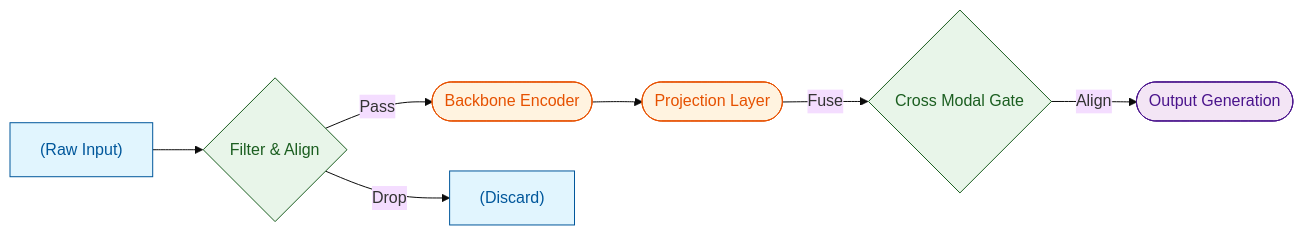
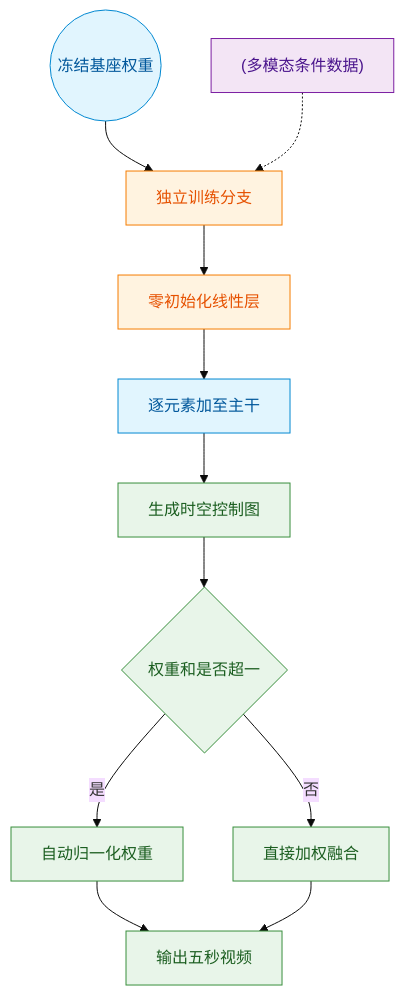
One commit to ShinewineW/paper-rolling changed the ninth of 11 diagrams in person_vault/2026-06-07_CosmosTransfer1_2503.14492/report.md. Above: the diagram before and after it, drawn with Mermaid (base theme). The commit also changed other lines of this file and 51 other files, not shown here.

````diff
--- a/person_vault/2026-06-07_CosmosTransfer1_2503.14492/report.md
+++ b/person_vault/2026-06-07_CosmosTransfer1_2503.14492/report.md
@@ -344,14 +492,18 @@
 ```mermaid
-flowchart LR
-    classDef data fill:#e1f5fe,stroke:#01579b,color:#01579b
-    classDef proc fill:#fff3e0,stroke:#e65100,color:#e65100
-    classDef gate fill:#e8f5e9,stroke:#1b5e20,color:#1b5e20
-    classDef out fill:#f3e5f5,stroke:#4a148c,color:#4a148c
+flowchart TB
+  classDef base fill:#e1f5fe,color:#01579b,stroke:#0288d1
+  classDef ctrl fill:#fff3e0,color:#e65100,stroke:#f57c00
+  classDef infer fill:#e8f5e9,color:#1b5e20,stroke:#388e3c
+  classDef data fill:#f3e5f5,color:#4a148c,stroke:#7b1fa2
 
-    raw_input["(Raw Input)"]:::data --> pre_align{Filter & Align}:::gate
-    pre_align -->|Pass| encoder(["Backbone Encoder"]):::proc
-    pre_align -->|Drop| discard["(Discard)"]:::data
-    encoder --> proj_layer(["Projection Layer"]):::proc
-    proj_layer -->|Fuse| fusion_gate{Cross Modal Gate}:::gate
-    fusion_gate -->|Align| output_gen(["Output Generation"]):::out
+  start((冻结基座权重)):::base --> train_ctrl["独立训练分支"]:::ctrl
+  train_ctrl --> zero_init["零初始化线性层"]:::ctrl
+  zero_init --> add_act["逐元素加至主干"]:::base
+  add_act --> weight_map["生成时空控制图"]:::infer
+  weight_map --> norm_check{权重和是否超一}:::infer
+  norm_check -->|是| auto_norm["自动归一化权重"]:::infer
+  norm_check -->|否| direct_fuse["直接加权融合"]:::infer
+  auto_norm --> gen_video["输出五秒视频"]:::infer
+  direct_fuse --> gen_video
+  data_store["(多模态条件数据)"]:::data -.-> train_ctrl
 ```
````
